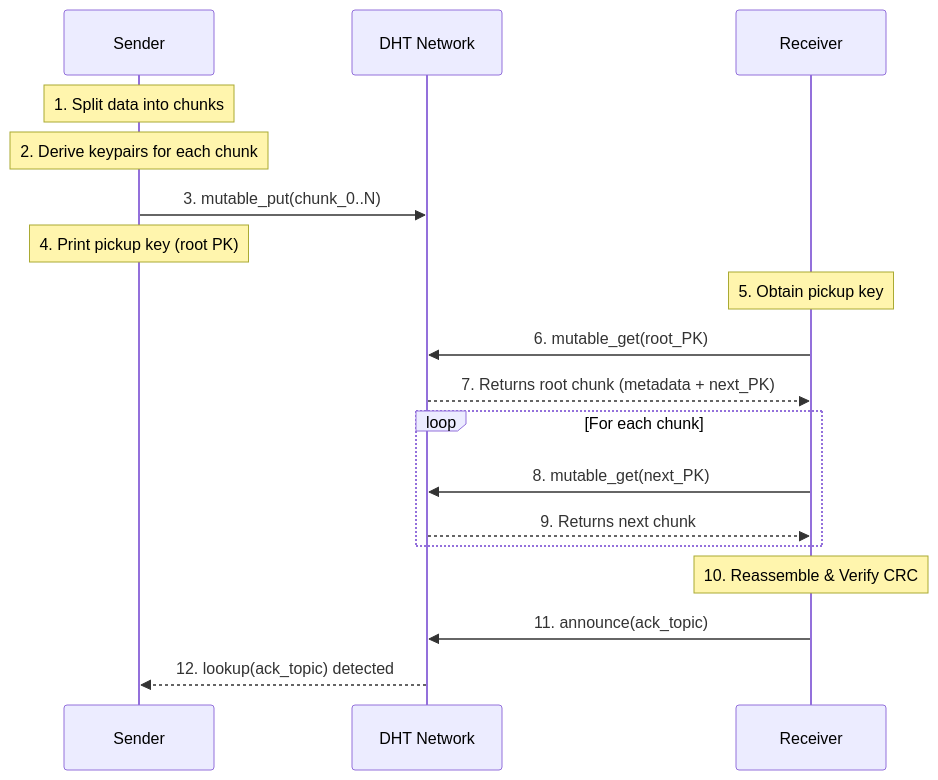
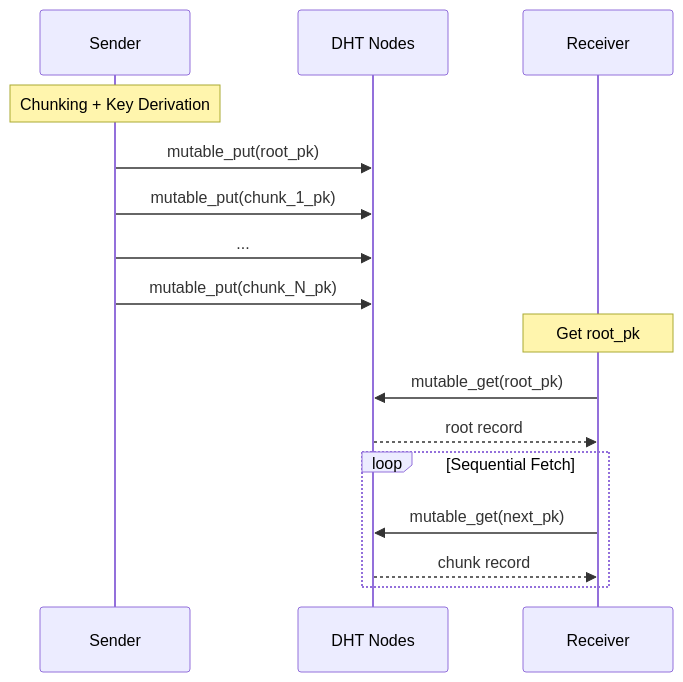
Before and after one commit to eshork/peeroxide: the first of 2 diagrams in docs/src/dd/architecture.md, drawn with Mermaid. The commit also changed other lines of this file and 14 other files, not shown here.

````diff
--- a/docs/src/dd/architecture.md
+++ b/docs/src/dd/architecture.md
@@ -9,22 +11,20 @@
 ```mermaid
 sequenceDiagram
     participant S as Sender
-    participant DHT as DHT Network
+    participant DHT as DHT Nodes
     participant R as Receiver
 
-    Note over S: 1. Split data into chunks
-    Note over S: 2. Derive keypairs for each chunk
-    S->>DHT: 3. mutable_put(chunk_0..N)
-    Note over S: 4. Print pickup key (root PK)
+    Note over S: Chunking + Key Derivation
+    S->>DHT: mutable_put(root_pk)
+    S->>DHT: mutable_put(chunk_1_pk)
+    S->>DHT: ...
+    S->>DHT: mutable_put(chunk_N_pk)
 
-    Note over R: 5. Obtain pickup key
-    R->>DHT: 6. mutable_get(root_PK)
-    DHT-->>R: 7. Returns root chunk (metadata + next_PK)
-    loop For each chunk
-        R->>DHT: 8. mutable_get(next_PK)
-        DHT-->>R: 9. Returns next chunk
+    Note over R: Get root_pk
+    R->>DHT: mutable_get(root_pk)
+    DHT-->>R: root record
+    loop Sequential Fetch
+        R->>DHT: mutable_get(next_pk)
+        DHT-->>R: chunk record
     end
-    Note over R: 10. Reassemble & Verify CRC
-    R->>DHT: 11. announce(ack_topic)
-    DHT-->>S: 12. lookup(ack_topic) detected
 ```
````
